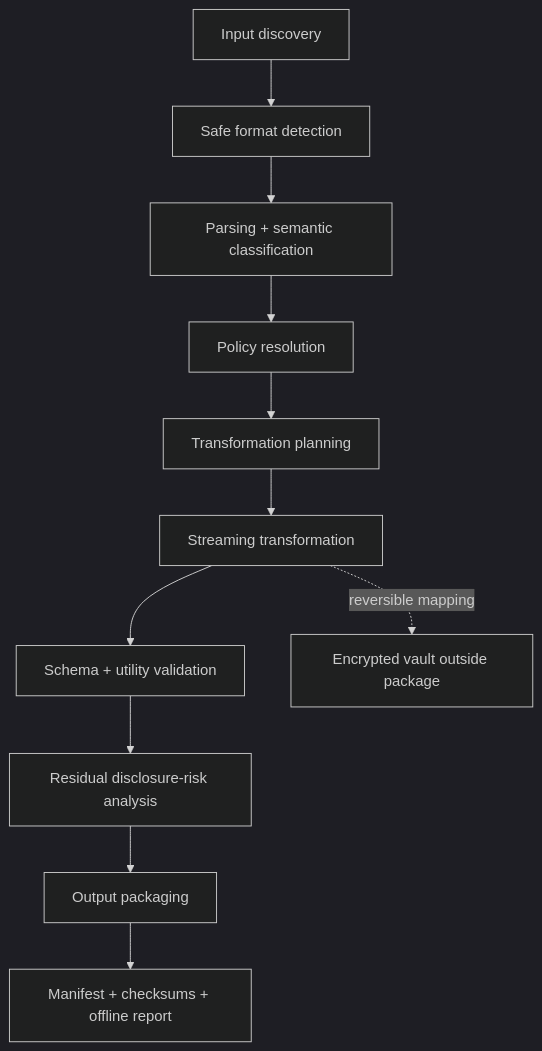
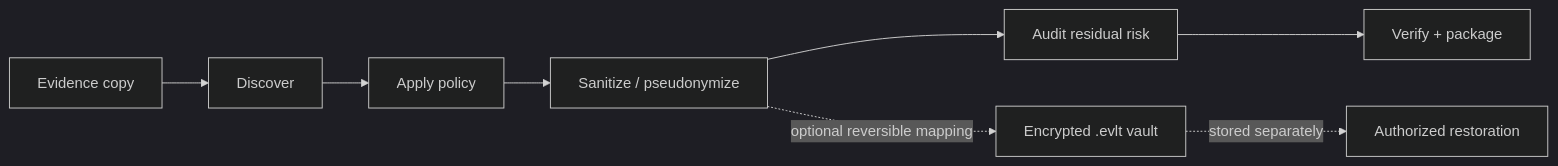
Before and after one commit to MrTaherAmine/evidenceveil: the diagram in README.md, drawn with Mermaid (dark theme). The commit also changed other lines of this file, not shown here.

````diff
--- a/README.md
+++ b/README.md
@@ -287,13 +42,10 @@
 ```mermaid
-flowchart TD
-  A[Input discovery] --> B[Safe format detection]
-  B --> C[Parsing + semantic classification]
-  C --> D[Policy resolution]
-  D --> E[Transformation planning]
-  E --> F[Streaming transformation]
-  F --> G[Schema + utility validation]
-  G --> H[Residual disclosure-risk analysis]
-  H --> I[Output packaging]
-  I --> J[Manifest + checksums + offline report]
-  F -. reversible mapping .-> V[Encrypted vault outside package]
+flowchart LR
+    A[Evidence copy] --> B[Discover]
+    B --> C[Apply policy]
+    C --> D[Sanitize / pseudonymize]
+    D --> E[Audit residual risk]
+    E --> F[Verify + package]
+    D -. optional reversible mapping .-> V[Encrypted .evlt vault]
+    V -. stored separately .-> X[Authorized restoration]
 ```
````
